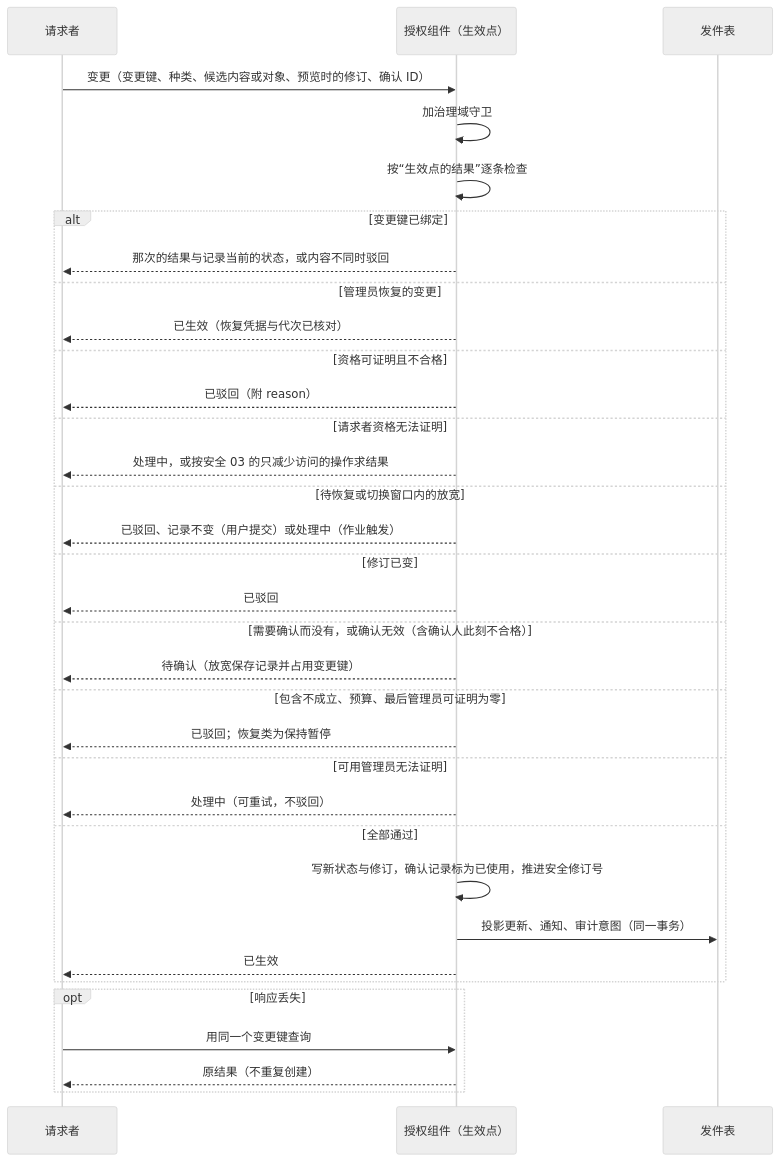
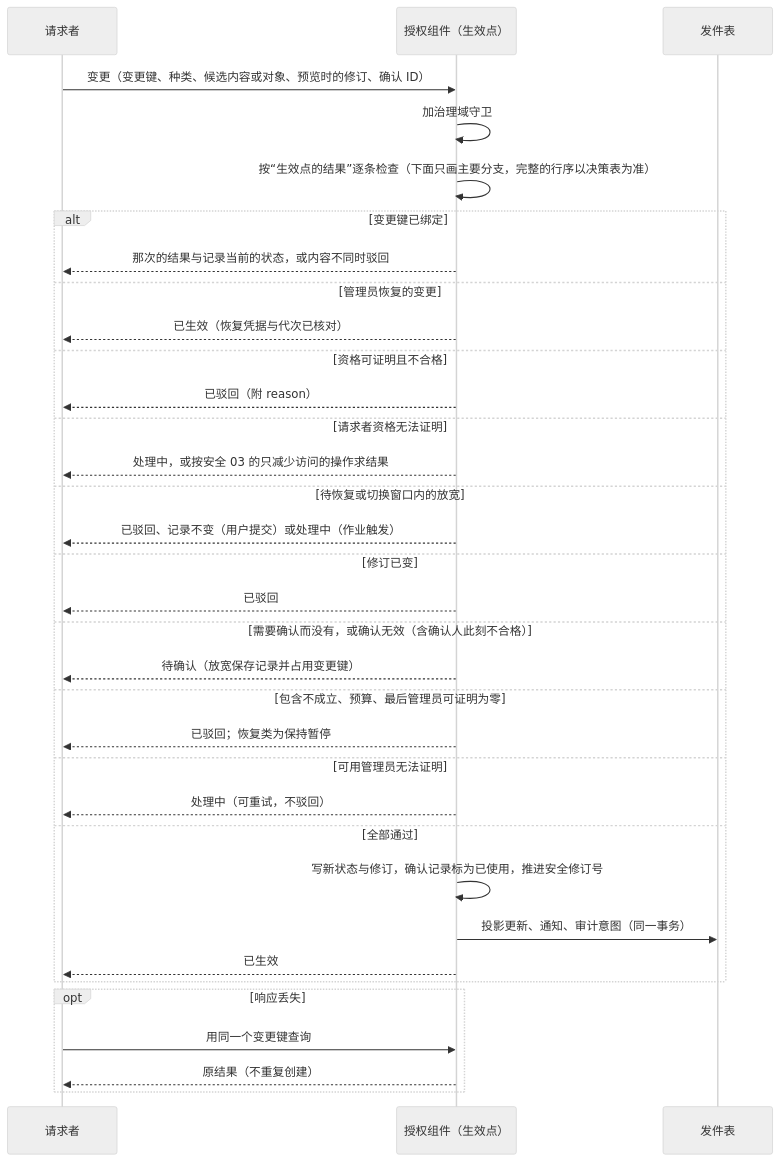
The first of 2 diagrams in tempDocs/final/06-protocols/security/08-state-and-change-protocol.md (brickKit/be-assembly-standard), drawn with Mermaid (neutral theme) before and after one commit. The commit also changed other lines of this file and 11 other files, not shown here.

````diff
--- a/tempDocs/final/06-protocols/security/08-state-and-change-protocol.md
+++ b/tempDocs/final/06-protocols/security/08-state-and-change-protocol.md
@@ -203,36 +205,36 @@
 ```mermaid
 sequenceDiagram
     participant R as 请求者
     participant Z as 授权组件（生效点）
     participant O as 发件表
     R->>Z: 变更（变更键、种类、候选内容或对象、预览时的修订、确认 ID）
     Z->>Z: 加治理域守卫
-    Z->>Z: 按“生效点的结果”逐条检查
+    Z->>Z: 按“生效点的结果”逐条检查（下面只画主要分支，完整的行序以决策表为准）
     alt 变更键已绑定
         Z-->>R: 那次的结果与记录当前的状态，或内容不同时驳回
     else 管理员恢复的变更
         Z-->>R: 已生效（恢复凭据与代次已核对）
     else 资格可证明且不合格
         Z-->>R: 已驳回（附 reason）
     else 请求者资格无法证明
         Z-->>R: 处理中，或按安全 03 的只减少访问的操作求结果
     else 待恢复或切换窗口内的放宽
         Z-->>R: 已驳回、记录不变（用户提交）或处理中（作业触发）
     else 修订已变
         Z-->>R: 已驳回
     else 需要确认而没有，或确认无效（含确认人此刻不合格）
         Z-->>R: 待确认（放宽保存记录并占用变更键）
     else 包含不成立、预算、最后管理员可证明为零
         Z-->>R: 已驳回；恢复类为保持暂停
     else 可用管理员无法证明
         Z-->>R: 处理中（可重试，不驳回）
     else 全部通过
         Z->>Z: 写新状态与修订，确认记录标为已使用，推进安全修订号
         Z->>O: 投影更新、通知、审计意图（同一事务）
         Z-->>R: 已生效
     end
     opt 响应丢失
         R->>Z: 用同一个变更键查询
         Z-->>R: 原结果（不重复创建）
     end
 ```
````
